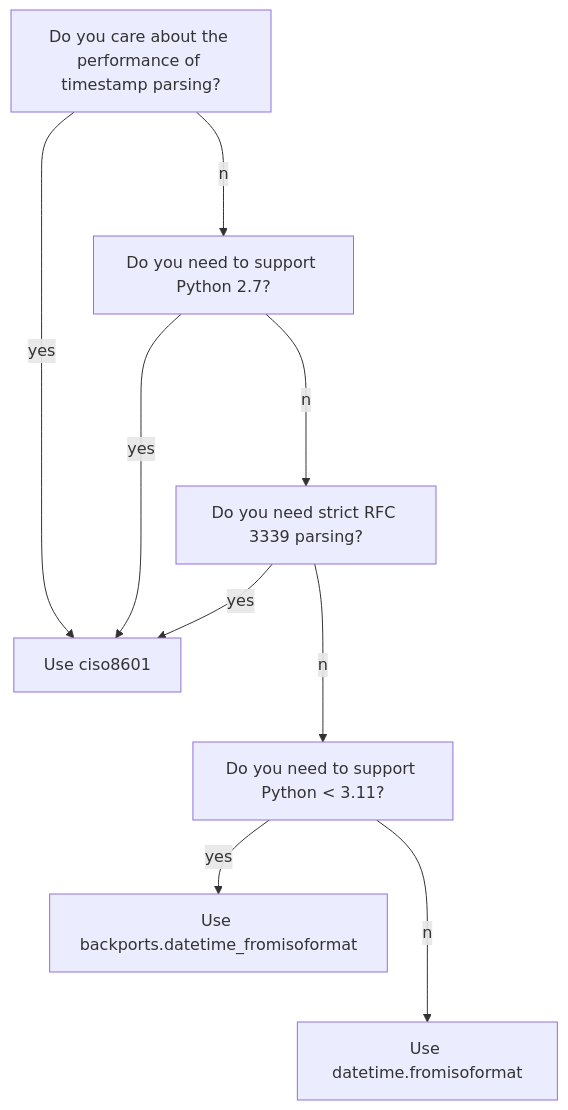
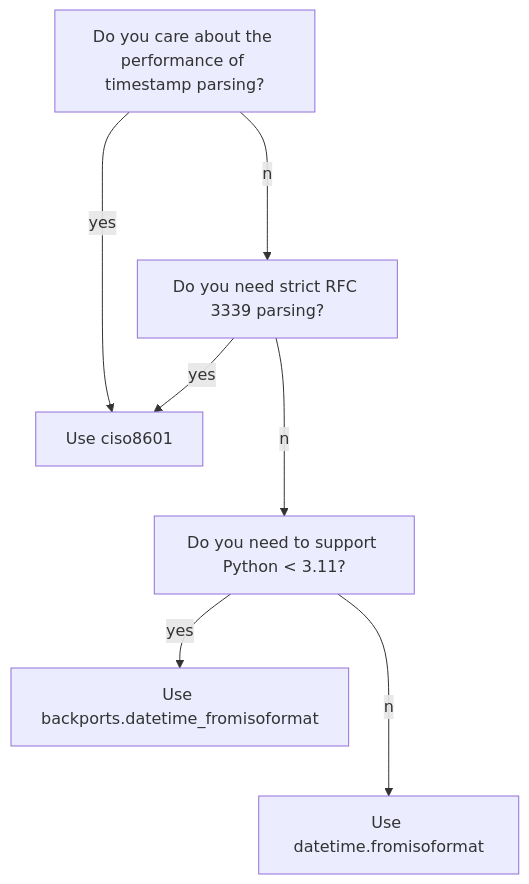
The diagram in why_ciso8601.md (closeio/ciso8601), drawn with Mermaid before and after one commit. The commit also changed other lines of this file and 2 other files, not shown here.

Commit message:
Remove Python < 3.8 version checks from C code and update why_ciso8601.md

````diff
--- a/why_ciso8601.md
+++ b/why_ciso8601.md
@@ -14,22 +13,18 @@
 ```mermaid
 graph TD;
     A[Do you care about the performance of timestamp parsing?]
     A--yes-->Y;
-    A--no-->C;
-
-    C[Do you need to support Python 2.7?];
-    C--yes-->Y
-    C--no-->E
+    A--no-->E;
 
     E[Do you need strict RFC 3339 parsing?];
     E--yes-->Y;
     E--no-->H;
 
     H[Do you need to support Python < 3.11?]
     H--yes-->V;
     H--no-->Z;
 
     V[Use backports.datetime_fromisoformat]
     Y[Use ciso8601]
     Z[Use datetime.fromisoformat]
 ```
````
